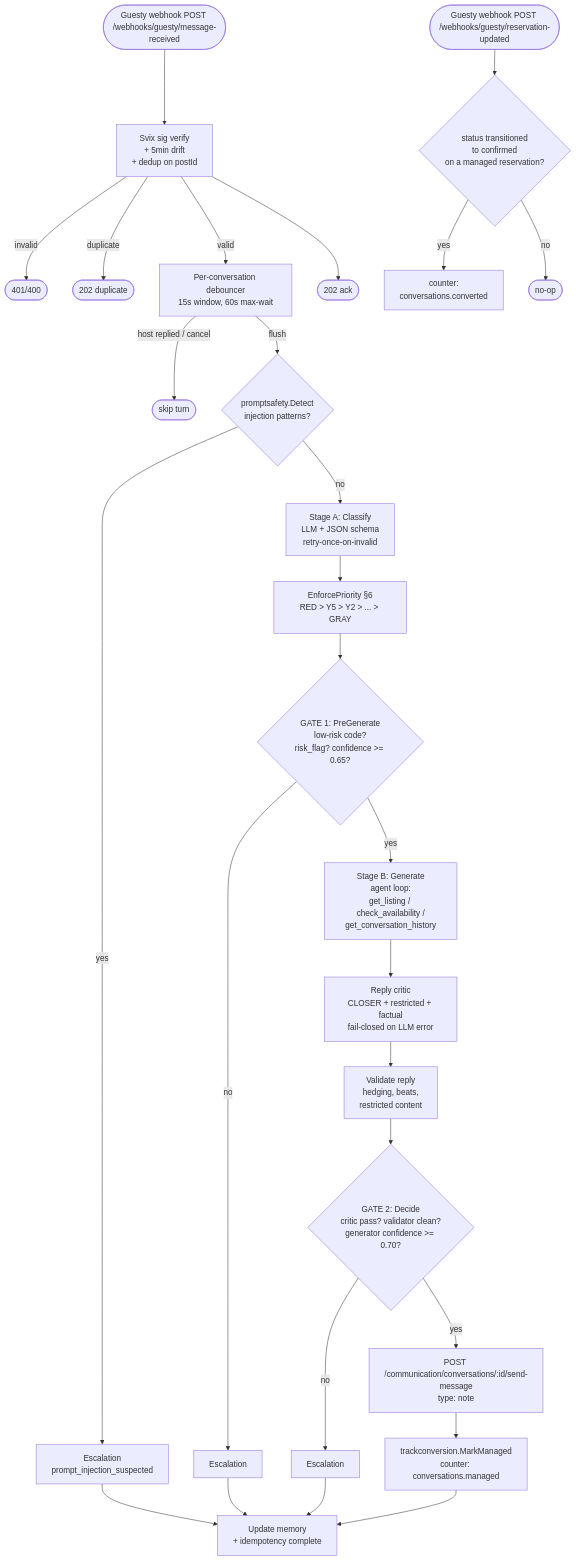
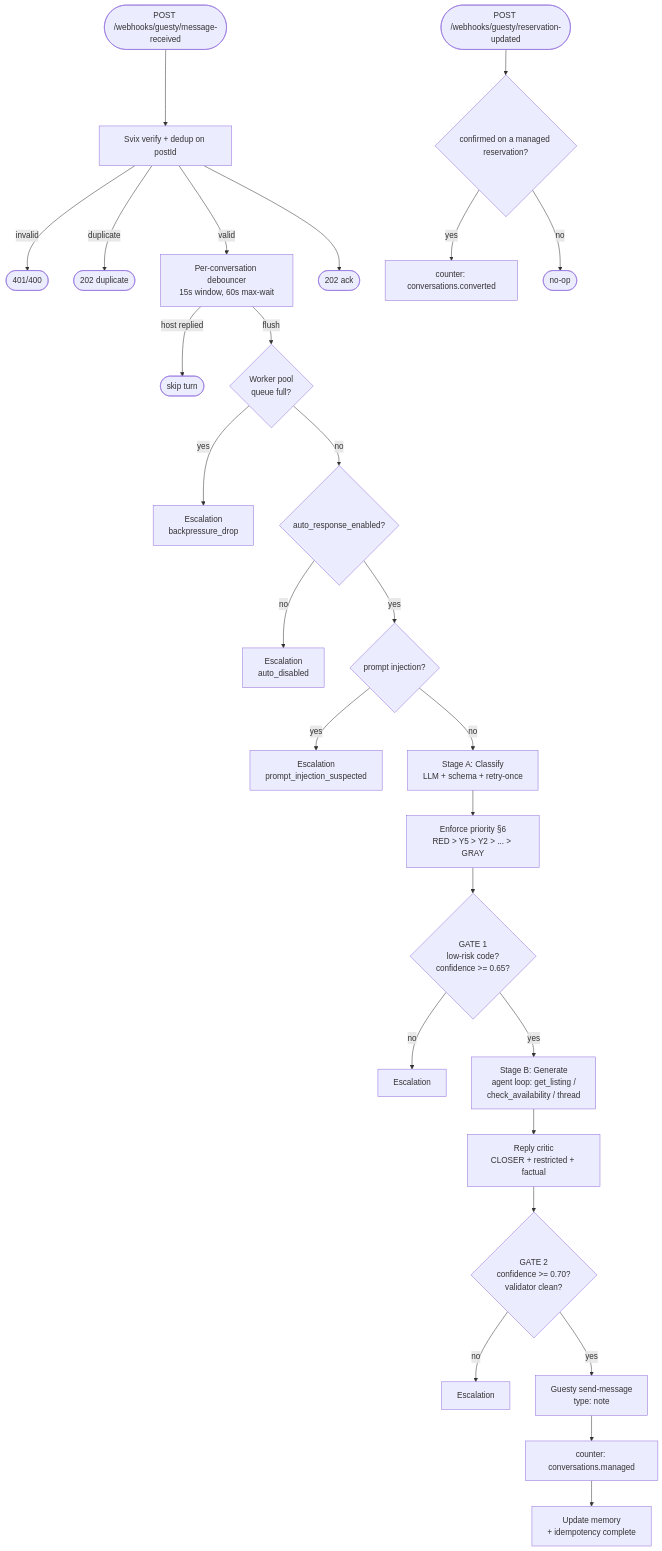
Before and after one commit to C9-Johan/interview-santiago-chaustre: the diagram in README.md, drawn with Mermaid. The commit also changed other lines of this file, not shown here.

````diff
--- a/README.md
+++ b/README.md
@@ -167,32 +182,32 @@
 ```mermaid
 flowchart TD
-    W([Guesty webhook POST /webhooks/guesty/message-received])
-    W --> H[Svix sig verify<br/>+ 5min drift<br/>+ dedup on postId]
+    W([POST /webhooks/guesty/message-received])
+    W --> H[Svix verify + dedup on postId]
     H -- invalid --> R401([401/400])
     H -- duplicate --> A202dup([202 duplicate])
     H -- valid --> Buf[Per-conversation debouncer<br/>15s window, 60s max-wait]
     H --> Ack([202 ack])
-    Buf -- host replied / cancel --> Cancel([skip turn])
-    Buf -- flush --> Inj{promptsafety.Detect<br/>injection patterns?}
+    Buf -- host replied --> Cancel([skip turn])
+    Buf -- flush --> Pool{Worker pool<br/>queue full?}
+    Pool -- yes --> EscBP[Escalation<br/>backpressure_drop]
+    Pool -- no --> KS{auto_response_enabled?}
+    KS -- no --> EscKS[Escalation<br/>auto_disabled]
+    KS -- yes --> Inj{prompt injection?}
     Inj -- yes --> EscInj[Escalation<br/>prompt_injection_suspected]
-    Inj -- no --> Cls[Stage A: Classify<br/>LLM + JSON schema<br/>retry-once-on-invalid]
-    Cls --> Pri[EnforcePriority §6<br/>RED > Y5 > Y2 > ... > GRAY]
-    Pri --> G1{GATE 1: PreGenerate<br/>low-risk code?<br/>risk_flag? confidence >= 0.65?}
+    Inj -- no --> Cls[Stage A: Classify<br/>LLM + schema + retry-once]
+    Cls --> Pri[Enforce priority §6<br/>RED > Y5 > Y2 > ... > GRAY]
+    Pri --> G1{GATE 1<br/>low-risk code?<br/>confidence >= 0.65?}
     G1 -- no --> EscG1[Escalation]
-    G1 -- yes --> Gen[Stage B: Generate<br/>agent loop:<br/>get_listing / check_availability /<br/>get_conversation_history]
-    Gen --> Crit[Reply critic<br/>CLOSER + restricted + factual<br/>fail-closed on LLM error]
-    Crit --> Val[Validate reply<br/>hedging, beats,<br/>restricted content]
-    Val --> G2{GATE 2: Decide<br/>critic pass? validator clean?<br/>generator confidence >= 0.70?}
+    G1 -- yes --> Gen[Stage B: Generate<br/>agent loop: get_listing /<br/>check_availability / thread]
+    Gen --> Crit[Reply critic<br/>CLOSER + restricted + factual]
+    Crit --> G2{GATE 2<br/>confidence >= 0.70?<br/>validator clean?}
     G2 -- no --> EscG2[Escalation]
-    G2 -- yes --> Post[POST /communication/conversations/:id/send-message<br/>type: note]
-    Post --> Mark[trackconversion.MarkManaged<br/>counter: conversations.managed]
+    G2 -- yes --> Post[Guesty send-message<br/>type: note]
+    Post --> Mark[counter: conversations.managed]
     Mark --> Close[Update memory<br/>+ idempotency complete]
-    EscInj --> Close
-    EscG1 --> Close
-    EscG2 --> Close
 
-    RU([Guesty webhook POST /webhooks/guesty/reservation-updated])
-    RU --> Conv{status transitioned<br/>to confirmed<br/>on a managed reservation?}
-    Conv -- yes --> CConv[counter:<br/>conversations.converted]
+    RU([POST /webhooks/guesty/reservation-updated])
+    RU --> Conv{confirmed on a managed reservation?}
+    Conv -- yes --> CConv[counter: conversations.converted]
     Conv -- no --> Skip([no-op])
 ```
````
